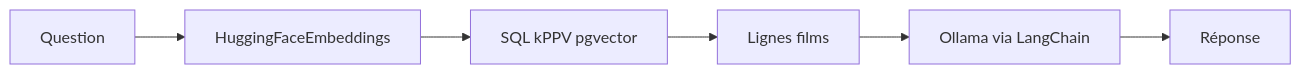
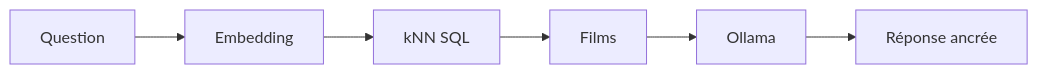
Before and after one commit to antoinebou12/CV: the diagram in hugo/content/posts/vector-databases-similar-movies/index.fr.md, drawn with Mermaid. The commit also changed other lines of this file and 59 other files, not shown here.

````diff
--- a/hugo/content/posts/vector-databases-similar-movies/index.fr.md
+++ b/hugo/content/posts/vector-databases-similar-movies/index.fr.md
@@ -193,8 +69,8 @@
 ```mermaid
 flowchart LR
-  Q[Question] --> E[HuggingFaceEmbeddings]
-  E --> SQL[SQL kPPV pgvector]
-  SQL --> Rows[Lignes films]
-  Rows --> LLM[Ollama via LangChain]
-  LLM --> A[Réponse]
+  Q[Question] --> E[Embedding]
+  E --> SQL[kNN SQL]
+  SQL --> Rows[Films]
+  Rows --> LLM[Ollama]
+  LLM --> A[Réponse ancrée]
 ```
````
